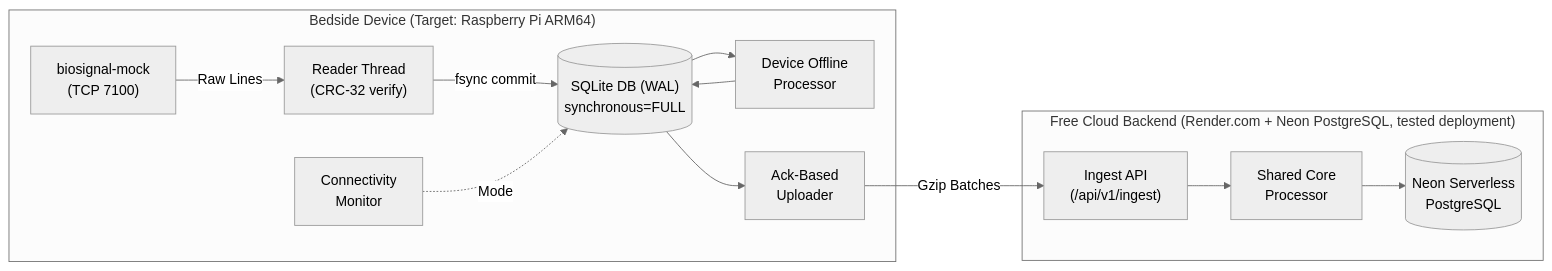
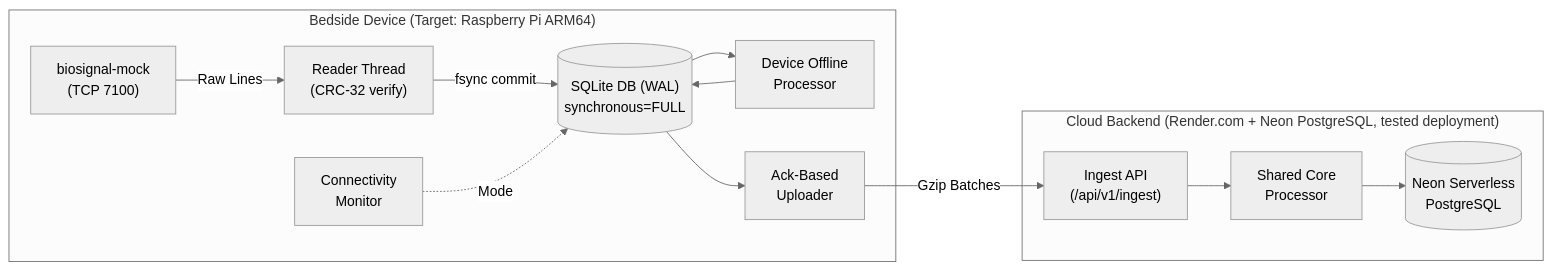
Before and after one commit to MukulVerma14/MayaCardio: the diagram in README.md, drawn with Mermaid (neutral theme). The commit also changed other lines of this file and 25 other files, not shown here.

````diff
--- a/README.md
+++ b/README.md
@@ -31,17 +31,17 @@
 ```mermaid
 flowchart LR
     subgraph Device ["Bedside Device (Target: Raspberry Pi ARM64)"]
         Mock["biosignal-mock\n(TCP 7100)"] -->|Raw Lines| Reader["Reader Thread\n(CRC-32 verify)"]
         Reader -->|fsync commit| DB[("SQLite DB (WAL)\nsynchronous=FULL")]
         DB --> OfflineProc["Device Offline\nProcessor"]
         OfflineProc --> DB
         DB --> Uploader["Ack-Based\nUploader"]
         ConnMon["Connectivity\nMonitor"] -.->|Mode| DB
     end
     
-    subgraph Cloud ["Free Cloud Backend (Render.com + Neon PostgreSQL, tested deployment)"]
+    subgraph Cloud ["Cloud Backend (Render.com + Neon PostgreSQL, tested deployment)"]
         Uploader -->|Gzip Batches| CloudAPI["Ingest API\n(/api/v1/ingest)"]
         CloudAPI --> SharedCore["Shared Core\nProcessor"]
         SharedCore --> CloudDB[("Neon Serverless\nPostgreSQL")]
     end
 ```
````
